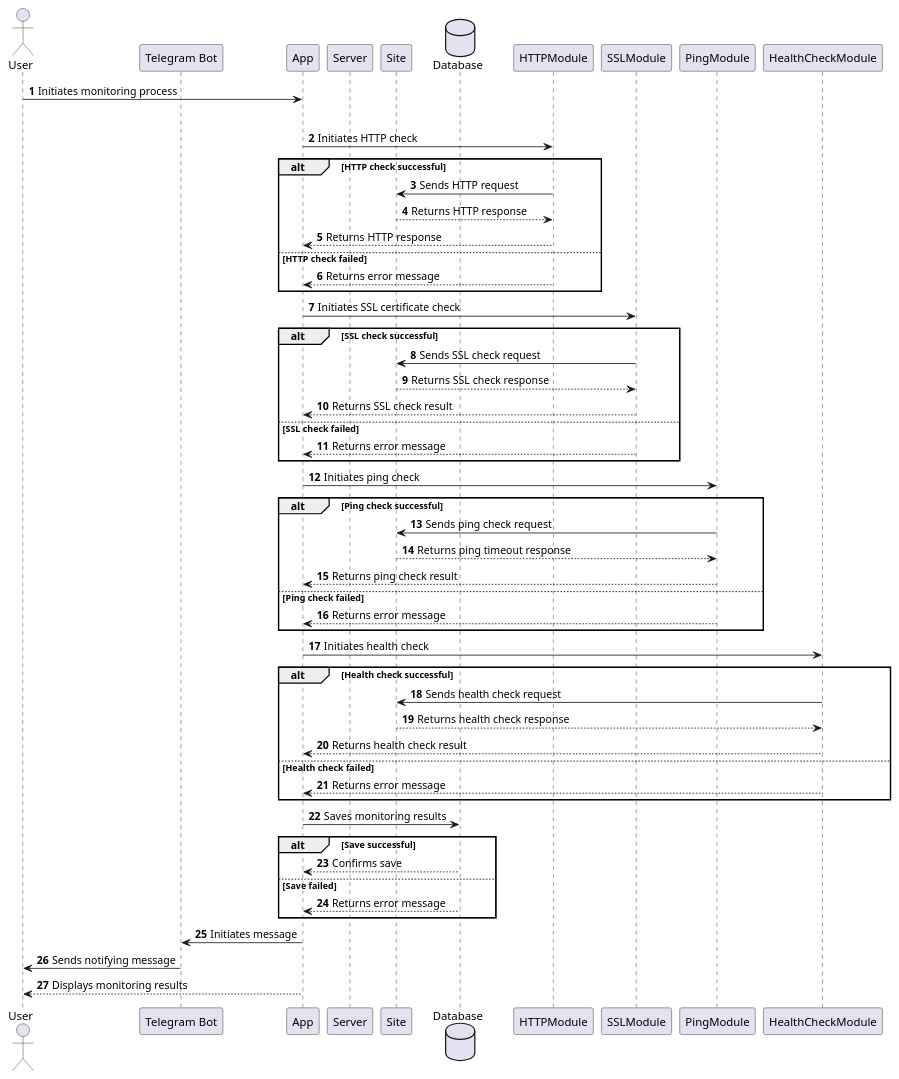
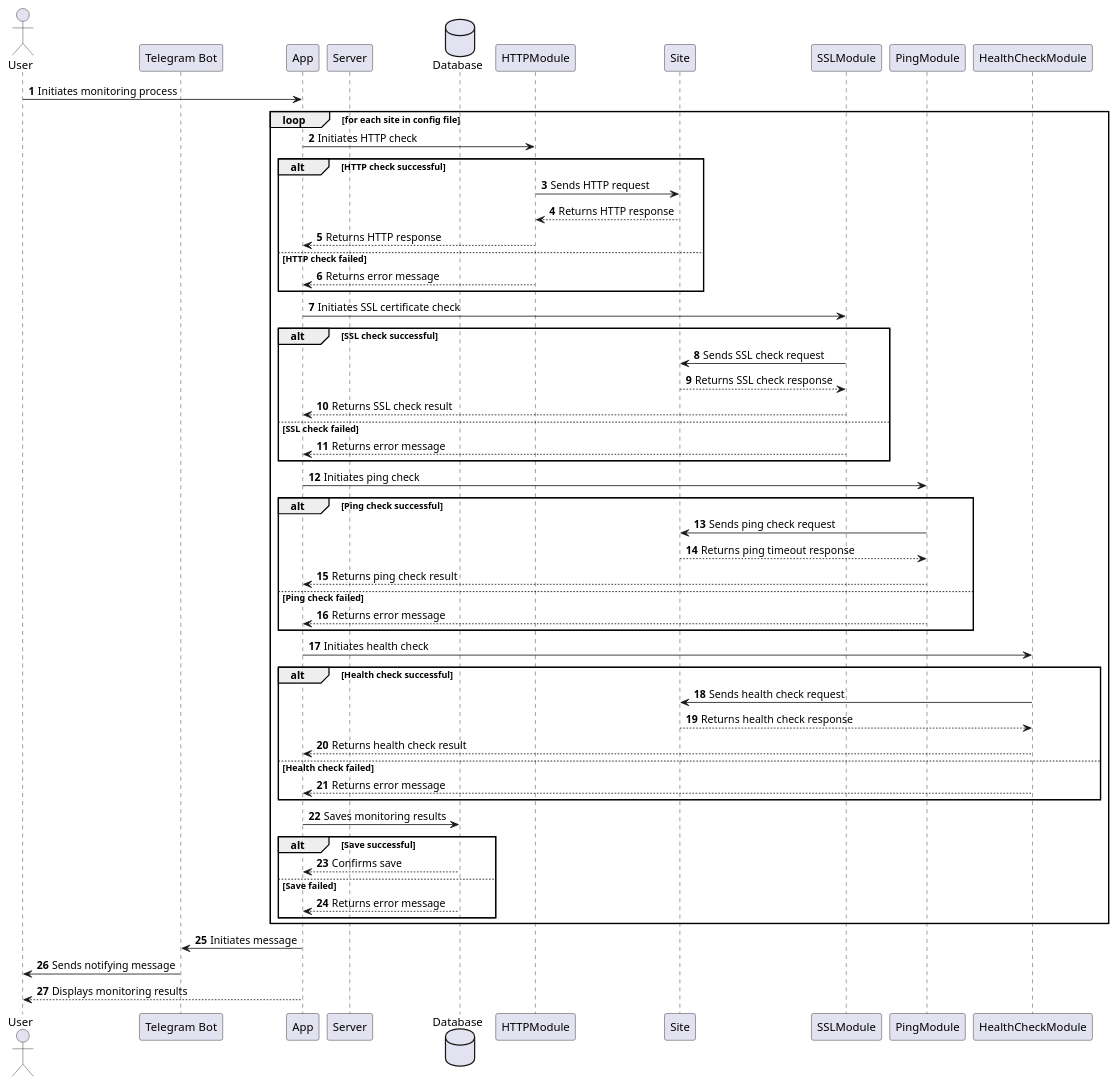
One commit to dariasmyr/uptime-monitor changed the diagram in uptime.sequence.puml. Above: the diagram before and after it, drawn with PlantUML.

Commit message:
Small fix

```diff
--- a/uptime.sequence.puml
+++ b/uptime.sequence.puml
@@ -1,61 +1,61 @@
 @startuml
 autonumber
 actor User
 participant "Telegram Bot" as Bot
 participant "App" as App
 participant "Server" as Server
-participant "Site" as Site
 database "Database" as Database
 
 
 User -> App: Initiates monitoring process
 
 loop for each site in config file
     App -> HTTPModule: Initiates HTTP check
     alt HTTP check successful
         HTTPModule -> Site: Sends HTTP request
         Site --> HTTPModule: Returns HTTP response
         HTTPModule --> App: Returns HTTP response
     else HTTP check failed
         HTTPModule --> App: Returns error message
     end
 
     App -> SSLModule: Initiates SSL certificate check
     alt SSL check successful
         SSLModule -> Site: Sends SSL check request
         Site --> SSLModule: Returns SSL check response
         SSLModule --> App: Returns SSL check result
     else SSL check failed
         SSLModule --> App: Returns error message
     end
 
     App -> PingModule: Initiates ping check
     alt Ping check successful
         PingModule -> Site: Sends ping check request
         Site --> PingModule: Returns ping timeout response
         PingModule --> App: Returns ping check result
     else Ping check failed
         PingModule --> App: Returns error message
     end
 
     App -> HealthCheckModule: Initiates health check
     alt Health check successful
         HealthCheckModule -> Site: Sends health check request
         Site --> HealthCheckModule: Returns health check response
         HealthCheckModule --> App: Returns health check result
     else Health check failed
         HealthCheckModule --> App: Returns error message
     end
 
     App -> Database: Saves monitoring results
     alt Save successful
         Database --> App: Confirms save
     else Save failed
         Database --> App: Returns error message
     end
+end
 
 App -> Bot: Initiates message
 Bot -> User: Sends notifying message
 
 App --> User: Displays monitoring results
 @enduml
```
